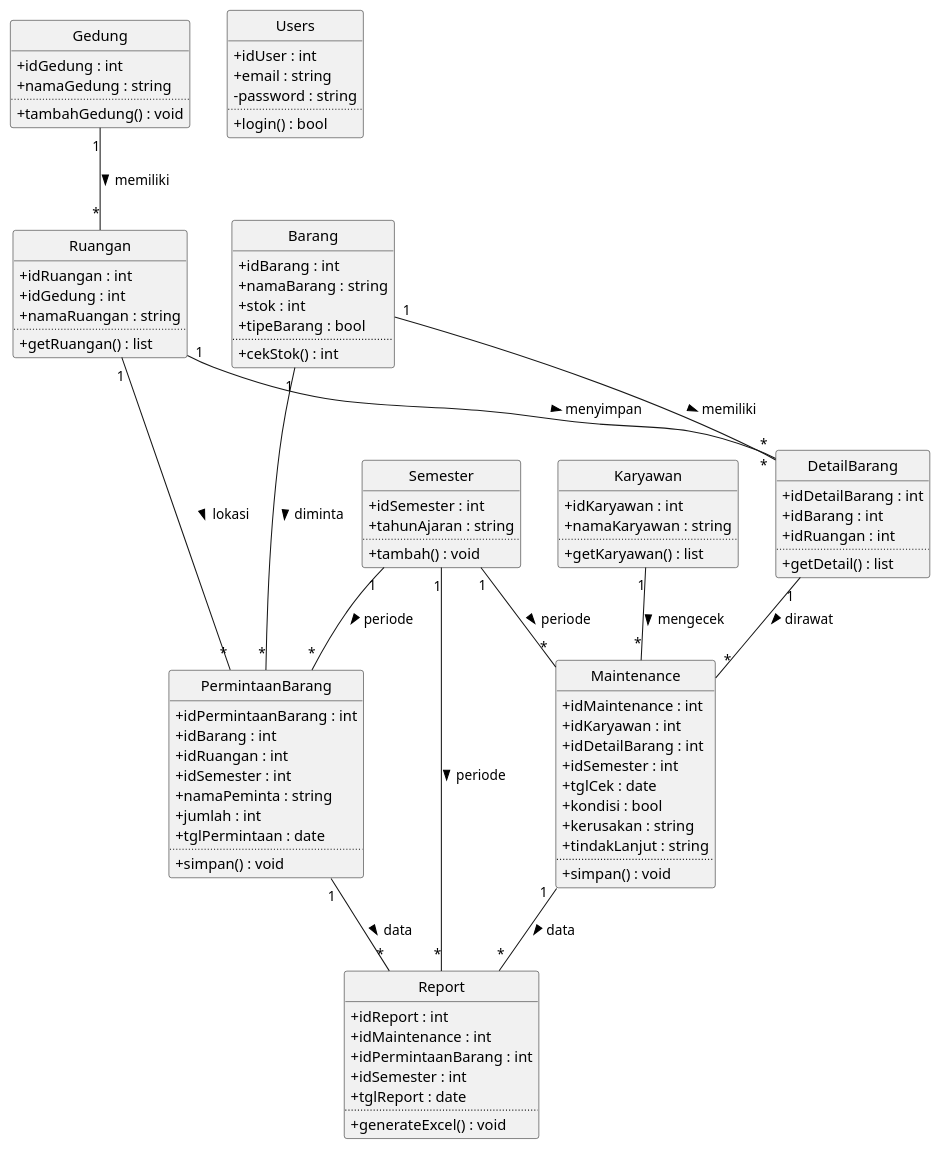
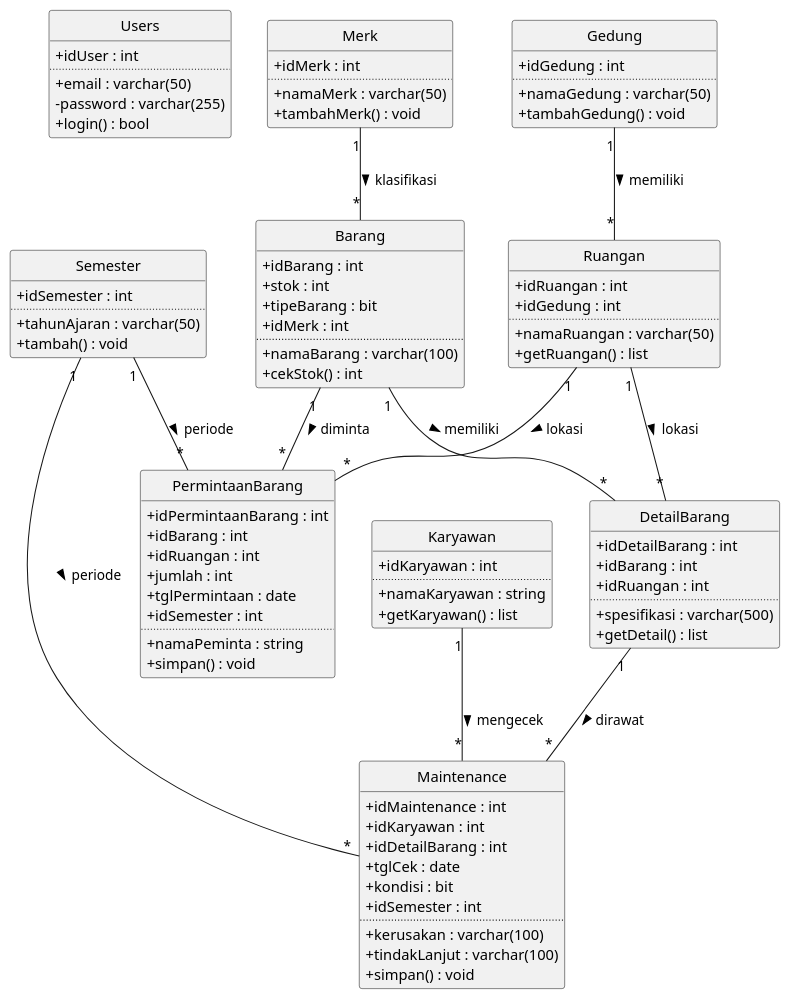
Before and after one commit to Fannandya/diagramPABD: the diagram in classDiagram.puml, drawn with PlantUML. The commit also changed 2 other files, not shown here.

```diff
--- a/classDiagram.puml
+++ b/classDiagram.puml
@@ -1,116 +1,114 @@
 @startuml classDiagram
 skinparam classAttributeIconSize 0
 skinparam Style strictuml
 
 ' --- Master Layer ---
 
+class Users {
+  + idUser : int
+  ..
+  + email : varchar(50)
+  - password : varchar(255)
+  + login() : bool
+}
+
 class Semester {
   + idSemester : int
-  + tahunAjaran : string
   ..
+  + tahunAjaran : varchar(50)
   + tambah() : void
 }
 
 class Karyawan {
   + idKaryawan : int
+  ..
   + namaKaryawan : string
-  ..
   + getKaryawan() : list
 }
 
 class Gedung {
   + idGedung : int
-  + namaGedung : string
   ..
+  + namaGedung : varchar(50)
   + tambahGedung() : void
 }
 
 class Ruangan {
   + idRuangan : int
   + idGedung : int
-  + namaRuangan : string
   ..
+  + namaRuangan : varchar(50)
   + getRuangan() : list
 }
 
 class Barang {
   + idBarang : int
-  + namaBarang : string
   + stok : int
-  + tipeBarang : bool
+  + tipeBarang : bit
+  + idMerk : int
   ..
+  + namaBarang : varchar(100)
   + cekStok() : int
 }
 
 ' --- Transaction Layer ---
-
-class Users {
-  + idUser : int
-  + email : string
-  - password : string
-  ..
-  + login() : bool
-}
 
 class DetailBarang {
   + idDetailBarang : int
   + idBarang : int
   + idRuangan : int
   ..
+  + spesifikasi : varchar(500)
   + getDetail() : list
 }
 
 class PermintaanBarang {
   + idPermintaanBarang : int
   + idBarang : int
   + idRuangan : int
-  + idSemester : int
-  + namaPeminta : string
   + jumlah : int
   + tglPermintaan : date
+  + idSemester : int
   ..
+  + namaPeminta : string
   + simpan() : void
 }
 
 class Maintenance {
   + idMaintenance : int
   + idKaryawan : int
   + idDetailBarang : int
+  + tglCek : date
+  + kondisi : bit
   + idSemester : int
-  + tglCek : date
-  + kondisi : bool
-  + kerusakan : string
-  + tindakLanjut : string
   ..
+  + kerusakan : varchar(100)
+  + tindakLanjut : varchar(100)
   + simpan() : void
 }
 
-class Report {
-  + idReport : int
-  + idMaintenance : int
-  + idPermintaanBarang : int
-  + idSemester : int
-  + tglReport : date
+class Merk {
+  + idMerk : int
   ..
-  + generateExcel() : void
+  + namaMerk : varchar(50)
+  + tambahMerk() : void
 }
+
 
 ' --- Relasi Sesuai SQL ---
 
 Gedung "1" -- "*" Ruangan : memiliki >
-Ruangan "1" -- "*" DetailBarang : menyimpan >
+Ruangan "1" -- "*" DetailBarang : lokasi >
 Barang "1" -- "*" DetailBarang : memiliki >
 
 Barang "1" -- "*" PermintaanBarang : diminta >
 Ruangan "1" -- "*" PermintaanBarang : lokasi >
 Semester "1" -- "*" PermintaanBarang : periode >
 
 Karyawan "1" -- "*" Maintenance : mengecek >
 DetailBarang "1" -- "*" Maintenance : dirawat >
 Semester "1" -- "*" Maintenance : periode >
 
-Maintenance "1" -- "*" Report : data >
-PermintaanBarang "1" -- "*" Report : data >
-Semester "1" -- "*" Report : periode >
+Merk "1" -- "*" Barang : klasifikasi >
 
 @enduml
```
